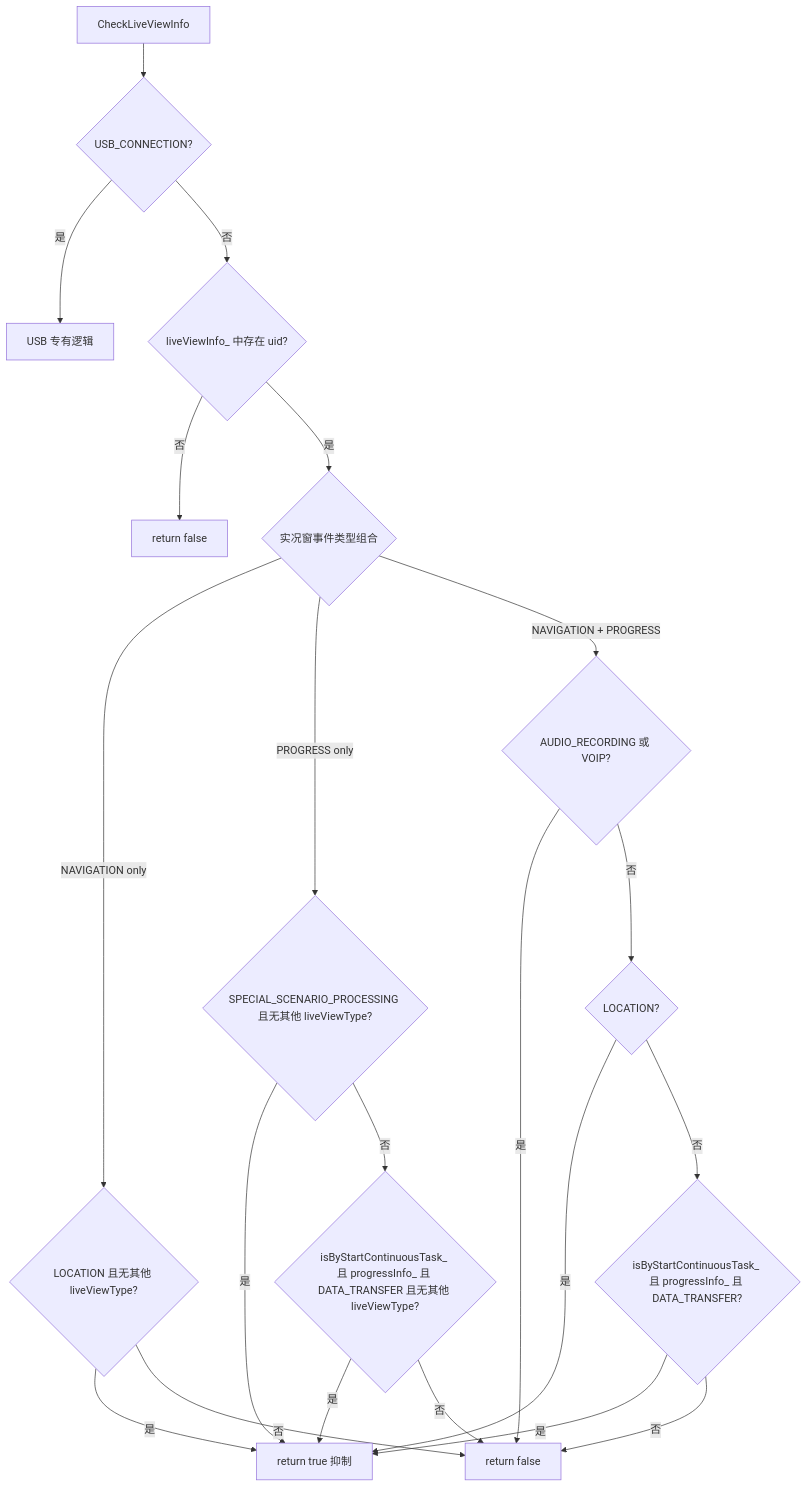
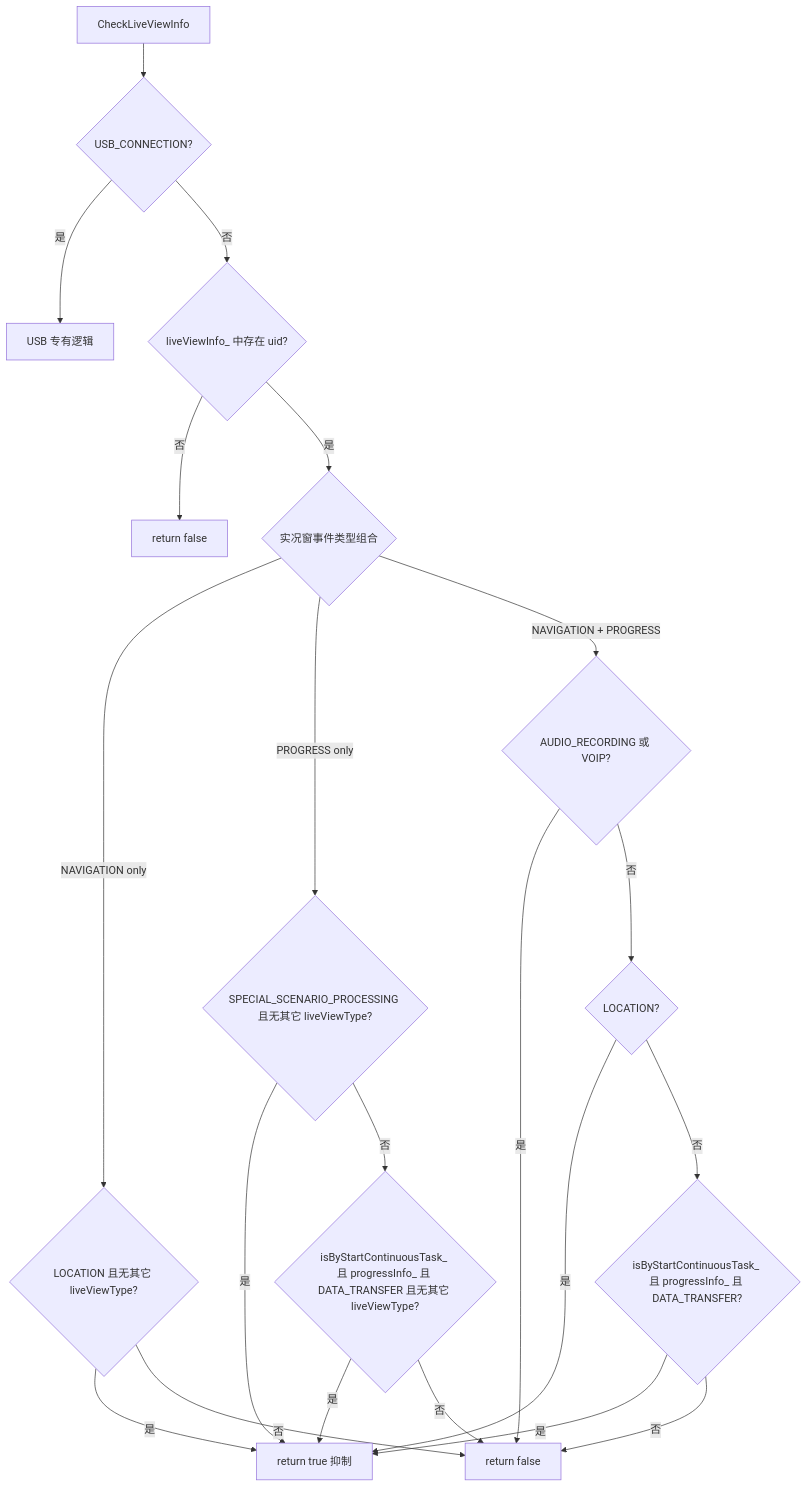
One commit to eclipse-oniro-mirrors/resourceschedule_background_task_mgr changed the third of 4 diagrams in docs/design/start_continuous_task.md. Above: the diagram before and after it, drawn with Mermaid. The commit also changed other lines of this file and 2 other files, not shown here.

````diff
--- a/docs/design/start_continuous_task.md
+++ b/docs/design/start_continuous_task.md
@@ -262,23 +262,23 @@
 ```mermaid
 flowchart TD
     A[CheckLiveViewInfo] --> B{USB_CONNECTION?}
     B -->|是| C[USB 专有逻辑]
     B -->|否| D{liveViewInfo_ 中存在 uid?}
     D -->|否| E[return false]
     D -->|是| F{实况窗事件类型组合}
-    F -->|NAVIGATION only| G{LOCATION 且无其他 liveViewType?}
+    F -->|NAVIGATION only| G{LOCATION 且无其它 liveViewType?}
     G -->|是| H[return true 抑制]
     G -->|否| I[return false]
-    F -->|PROGRESS only| J{SPECIAL_SCENARIO_PROCESSING 且无其他 liveViewType?}
+    F -->|PROGRESS only| J{SPECIAL_SCENARIO_PROCESSING 且无其它 liveViewType?}
     J -->|是| H
-    J -->|否| K{isByStartContinuousTask_ 且 progressInfo_ 且 DATA_TRANSFER 且无其他 liveViewType?}
+    J -->|否| K{isByStartContinuousTask_ 且 progressInfo_ 且 DATA_TRANSFER 且无其它 liveViewType?}
     K -->|是| H
     K -->|否| I
     F -->|NAVIGATION + PROGRESS| L{AUDIO_RECORDING 或 VOIP?}
     L -->|是| I
     L -->|否| M{LOCATION?}
     M -->|是| H
     M -->|否| N{isByStartContinuousTask_ 且 progressInfo_ 且 DATA_TRANSFER?}
     N -->|是| H
     N -->|否| I
 ```
````
